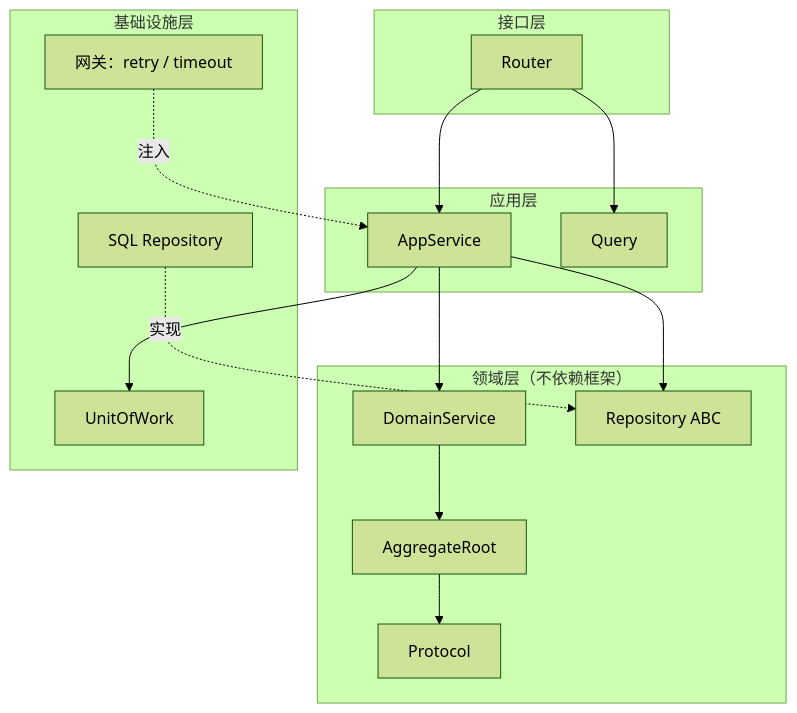
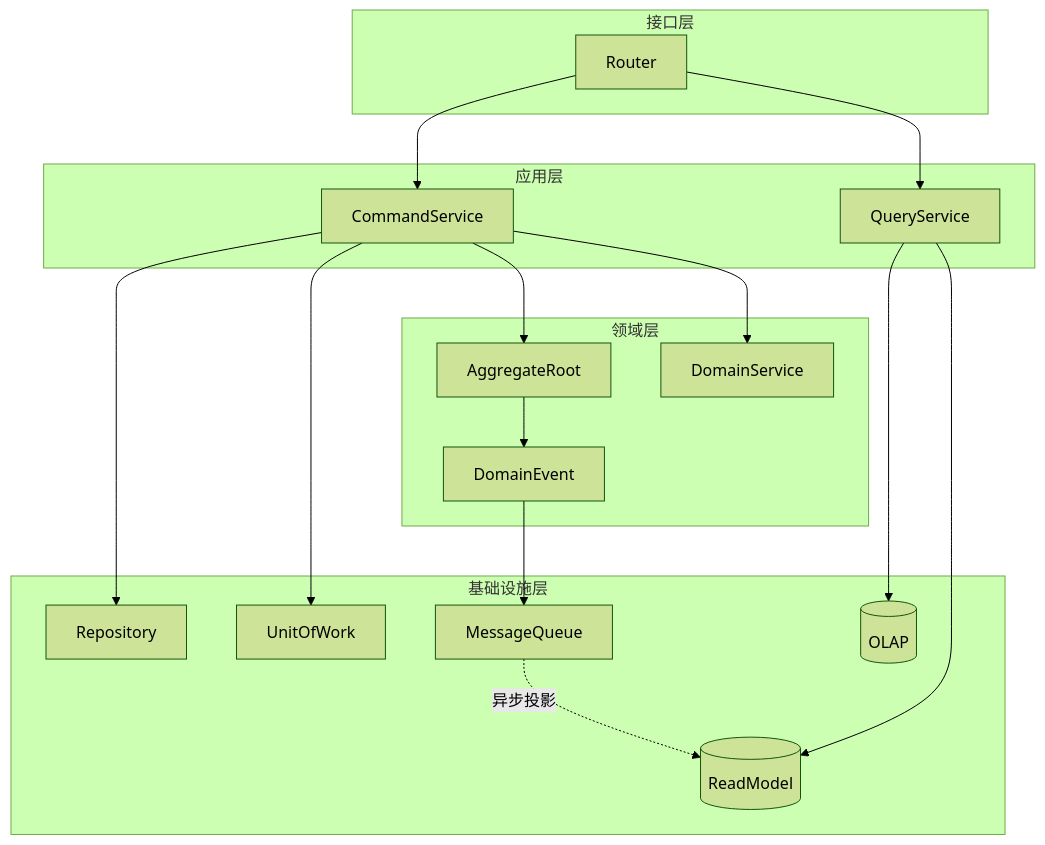
One commit to SumengQAQ/SumengQAQ changed the second of 2 diagrams in README.md. Above: the diagram before and after it, drawn with Mermaid (forest theme). The commit also changed other lines of this file, not shown here.

Commit message:
docs: 补状态机，分层图加 CQRS 和 OLAP，方向改成客观描述

````diff
--- a/README.md
+++ b/README.md
@@ -15,39 +30,42 @@
 ```mermaid
 ---
 config:
   flowchart:
     curve: basis
 ---
 flowchart TB
     subgraph iface["接口层"]
         R[Router]
     end
 
     subgraph application["应用层"]
-        AS[AppService]
-        AQ[Query]
+        C[CommandService]
+        Q[QueryService]
     end
 
-    subgraph domain["领域层（不依赖框架）"]
+    subgraph domain["领域层"]
+        AR[AggregateRoot]
         DS[DomainService]
-        E[AggregateRoot]
-        P[Protocol]
-        RP[Repository ABC]
+        EV[DomainEvent]
     end
 
     subgraph infrastructure["基础设施层"]
-        SQL[SQL Repository]
-        GW[网关：retry / timeout]
+        REPO[Repository]
         UOW[UnitOfWork]
+        MQ[MessageQueue]
+        RM[("ReadModel")]
+        OLAP[("OLAP")]
     end
 
-    R --> AS
-    R --> AQ
-    AS --> DS
-    AS --> RP
-    AS --> UOW
-    DS --> E
-    E --> P
-    SQL -.->|实现| RP
-    GW -.->|注入| AS
+    R --> C
+    R --> Q
+    C --> AR
+    C --> DS
+    C --> REPO
+    C --> UOW
+    AR --> EV
+    EV --> MQ
+    MQ -.->|异步投影| RM
+    Q --> RM
+    Q --> OLAP
 ```
````
